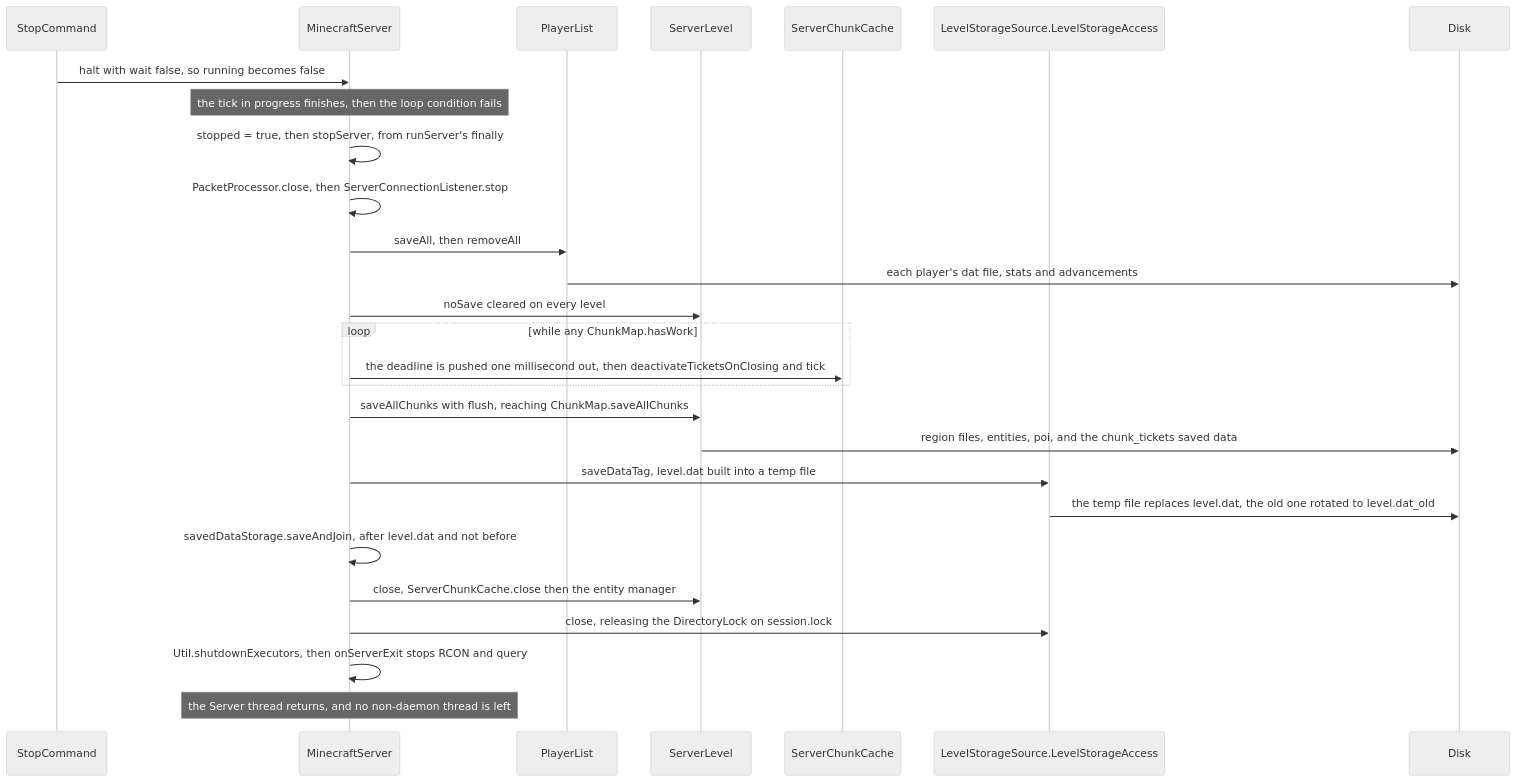
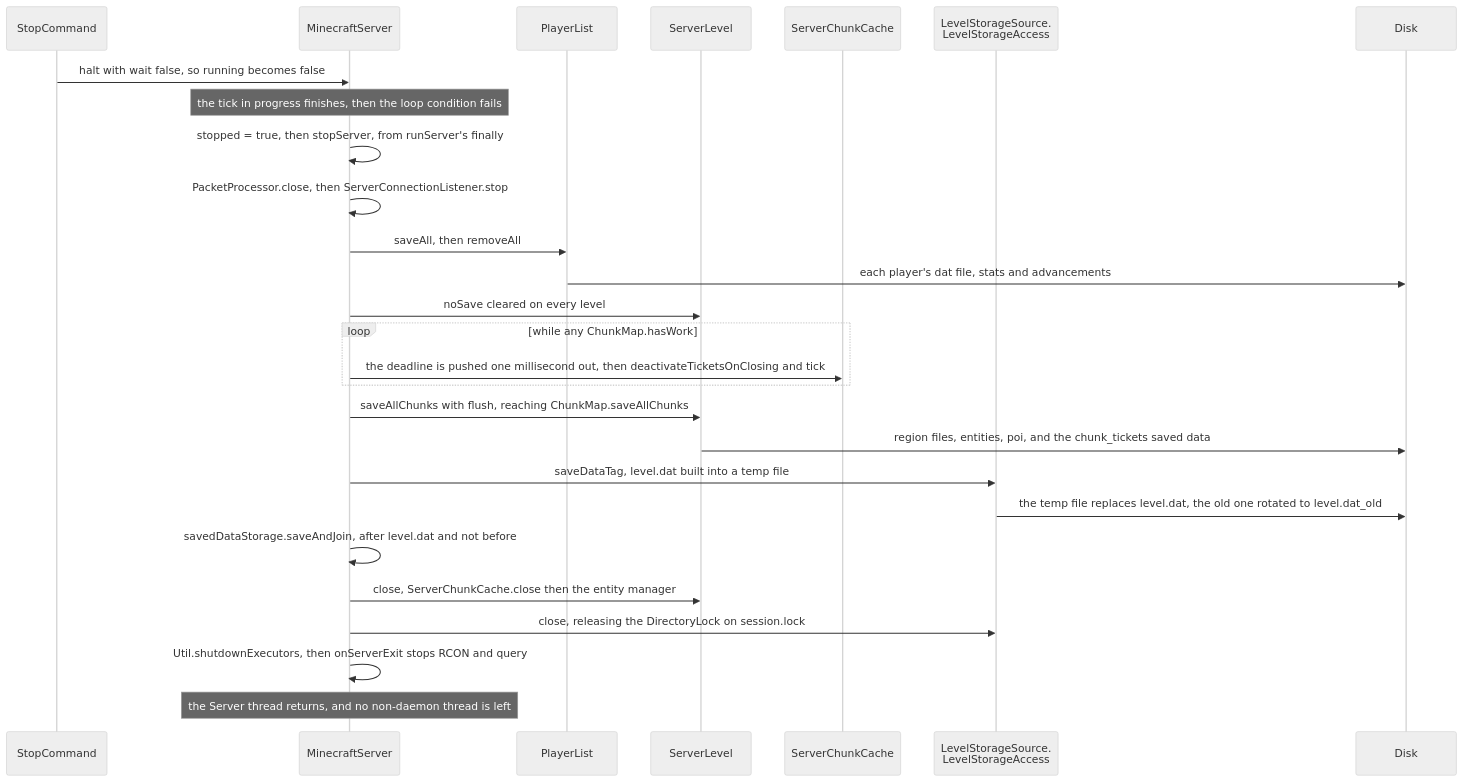
The first of 2 diagrams in src/systems/server/how-a-server-dies.md (AlexanderjFraser/MinecraftDocs), drawn with Mermaid (neutral theme) before and after one commit. The commit also changed 68 other files, not shown here.

````diff
--- a/src/systems/server/how-a-server-dies.md
+++ b/src/systems/server/how-a-server-dies.md
@@ -53,30 +53,30 @@
 ```mermaid
 sequenceDiagram
     participant SC as StopCommand
     participant MS as MinecraftServer
     participant PL as PlayerList
     participant SL as ServerLevel
     participant SCC as ServerChunkCache
-    participant LSA as LevelStorageSource.LevelStorageAccess
+    participant LSA as LevelStorageSource.<br/>LevelStorageAccess
     participant Disk
 
     SC->>MS: halt with wait false, so running becomes false
     Note over MS: the tick in progress finishes, then the loop condition fails
     MS->>MS: stopped = true, then stopServer, from runServer's finally
     MS->>MS: PacketProcessor.close, then ServerConnectionListener.stop
     MS->>PL: saveAll, then removeAll
     PL->>Disk: each player's dat file, stats and advancements
     MS->>SL: noSave cleared on every level
     loop while any ChunkMap.hasWork
         MS->>SCC: the deadline is pushed one millisecond out, then deactivateTicketsOnClosing and tick
     end
     MS->>SL: saveAllChunks with flush, reaching ChunkMap.saveAllChunks
     SL->>Disk: region files, entities, poi, and the chunk_tickets saved data
     MS->>LSA: saveDataTag, level.dat built into a temp file
     LSA->>Disk: the temp file replaces level.dat, the old one rotated to level.dat_old
     MS->>MS: savedDataStorage.saveAndJoin, after level.dat and not before
     MS->>SL: close, ServerChunkCache.close then the entity manager
     MS->>LSA: close, releasing the DirectoryLock on session.lock
     MS->>MS: Util.shutdownExecutors, then onServerExit stops RCON and query
     Note over MS: the Server thread returns, and no non-daemon thread is left
 ```
````
